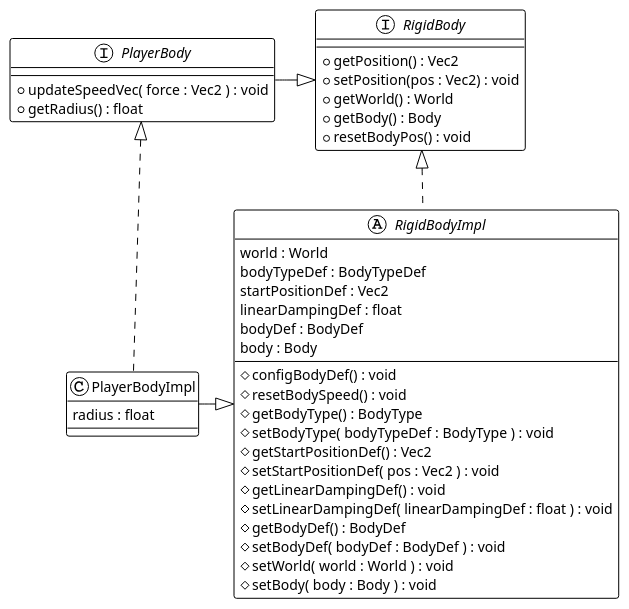
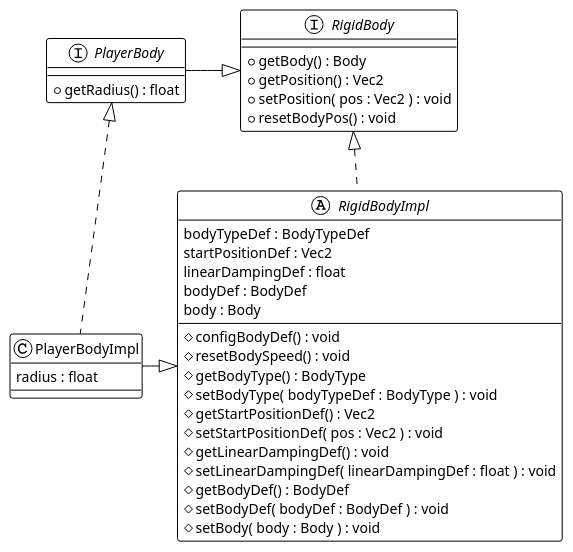
One commit to Borgotto/OOP21-air-hockey changed the fifth of 6 diagrams in UML/PlantUML-code/PhysicsUML.plantuml. Above: the diagram before and after it, drawn with PlantUML. The commit also changed other lines of this file, not shown here.

Commit message:
Update Physics UML

```diff
--- a/UML/PlantUML-code/PhysicsUML.plantuml
+++ b/UML/PlantUML-code/PhysicsUML.plantuml
@@ -147,48 +139,44 @@
 @startuml PlayerBody-implement
 !theme plain
 
 interface RigidBody{
+    + getBody() : Body
     + getPosition() : Vec2
-    + setPosition(pos : Vec2) : void
-    + getWorld() : World
-    + getBody() : Body
+    + setPosition( pos : Vec2 ) : void
     + resetBodyPos() : void
 }
 
 interface PlayerBody{
-    + updateSpeedVec( force : Vec2 ) : void
     + getRadius() : float
 }
 
 abstract class RigidBodyImpl{
-    world : World
     bodyTypeDef : BodyTypeDef
     startPositionDef : Vec2
     linearDampingDef : float
     bodyDef : BodyDef
     body : Body
 
     # configBodyDef() : void
     # resetBodySpeed() : void
     # getBodyType() : BodyType
     # setBodyType( bodyTypeDef : BodyType ) : void
     # getStartPositionDef() : Vec2
     # setStartPositionDef( pos : Vec2 ) : void
     # getLinearDampingDef() : void
     # setLinearDampingDef( linearDampingDef : float ) : void
     # getBodyDef() : BodyDef
     # setBodyDef( bodyDef : BodyDef ) : void
-    # setWorld( world : World ) : void
     # setBody( body : Body ) : void
 }
 
 class PlayerBodyImpl{
     radius : float
 }
 
 PlayerBody -R-|> RigidBody
 RigidBodyImpl .U.|> RigidBody
 PlayerBodyImpl .U.|> PlayerBody
 PlayerBodyImpl -R-|> RigidBodyImpl
 
 @enduml
```
